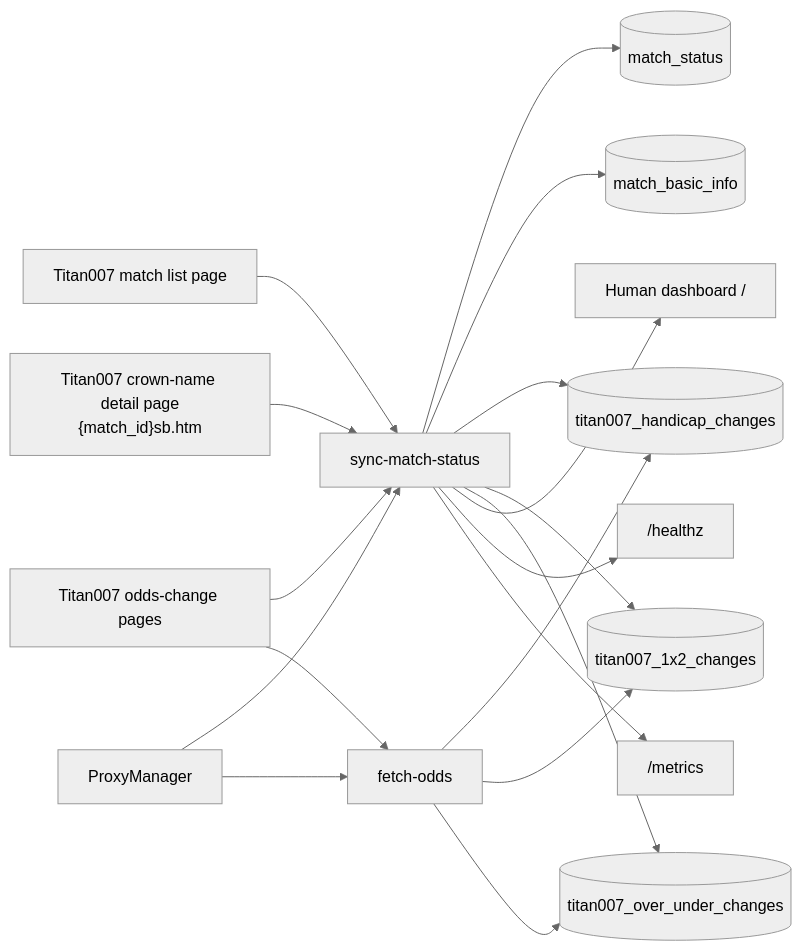
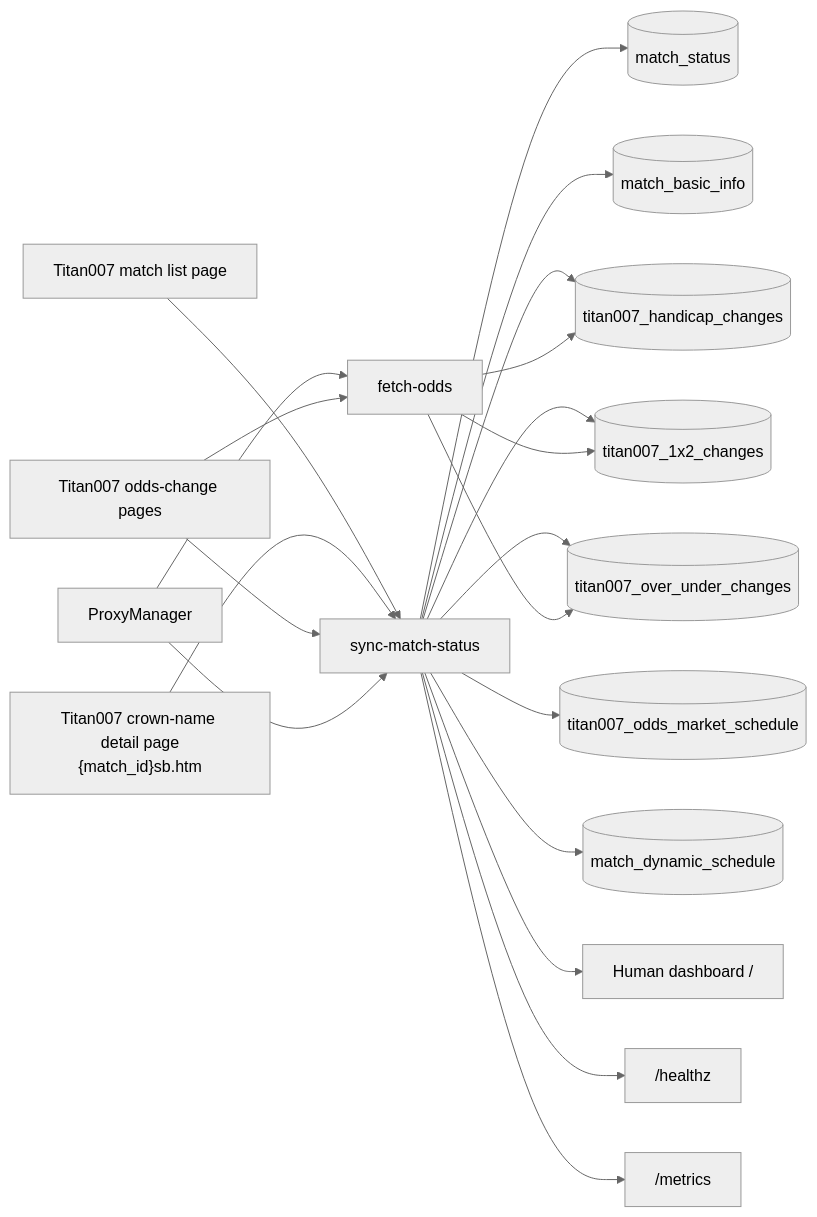
One commit to adam-zou/football2607 changed the first of 4 diagrams in docs/architecture/code-flow.md. Above: the diagram before and after it, drawn with Mermaid (neutral theme). The commit also changed other lines of this file and 28 other files, not shown here.

Commit message:
Refine match and odds scheduling

````diff
--- a/docs/architecture/code-flow.md
+++ b/docs/architecture/code-flow.md
@@ -9,37 +9,41 @@
 ```mermaid
 flowchart LR
     TitanList["Titan007 match list page"]
     TitanDetail["Titan007 crown-name detail page<br/>{match_id}sb.htm"]
     TitanOdds["Titan007 odds-change pages"]
 
     SyncMatches["sync-match-status"]
     FetchOdds["fetch-odds"]
     Proxy["ProxyManager"]
     Dashboard["Human dashboard /"]
     Health["/healthz"]
     Metrics["/metrics"]
 
     MatchStatus[("match_status")]
     MatchInfo[("match_basic_info")]
     HandicapOdds[("titan007_handicap_changes")]
     OneXTwoOdds[("titan007_1x2_changes")]
     OverUnderOdds[("titan007_over_under_changes")]
+    OddsSchedule[("titan007_odds_market_schedule")]
+    DynamicSchedule[("match_dynamic_schedule")]
 
     TitanList --> SyncMatches
     TitanDetail --> SyncMatches
     TitanOdds --> SyncMatches
     SyncMatches --> MatchStatus
     SyncMatches --> MatchInfo
     SyncMatches --> HandicapOdds
     SyncMatches --> OneXTwoOdds
     SyncMatches --> OverUnderOdds
+    SyncMatches --> OddsSchedule
+    SyncMatches --> DynamicSchedule
     Proxy --> SyncMatches
     SyncMatches --> Dashboard
     SyncMatches --> Health
     SyncMatches --> Metrics
     Proxy --> FetchOdds
     TitanOdds --> FetchOdds
     FetchOdds --> HandicapOdds
     FetchOdds --> OneXTwoOdds
     FetchOdds --> OverUnderOdds
 ```
````
